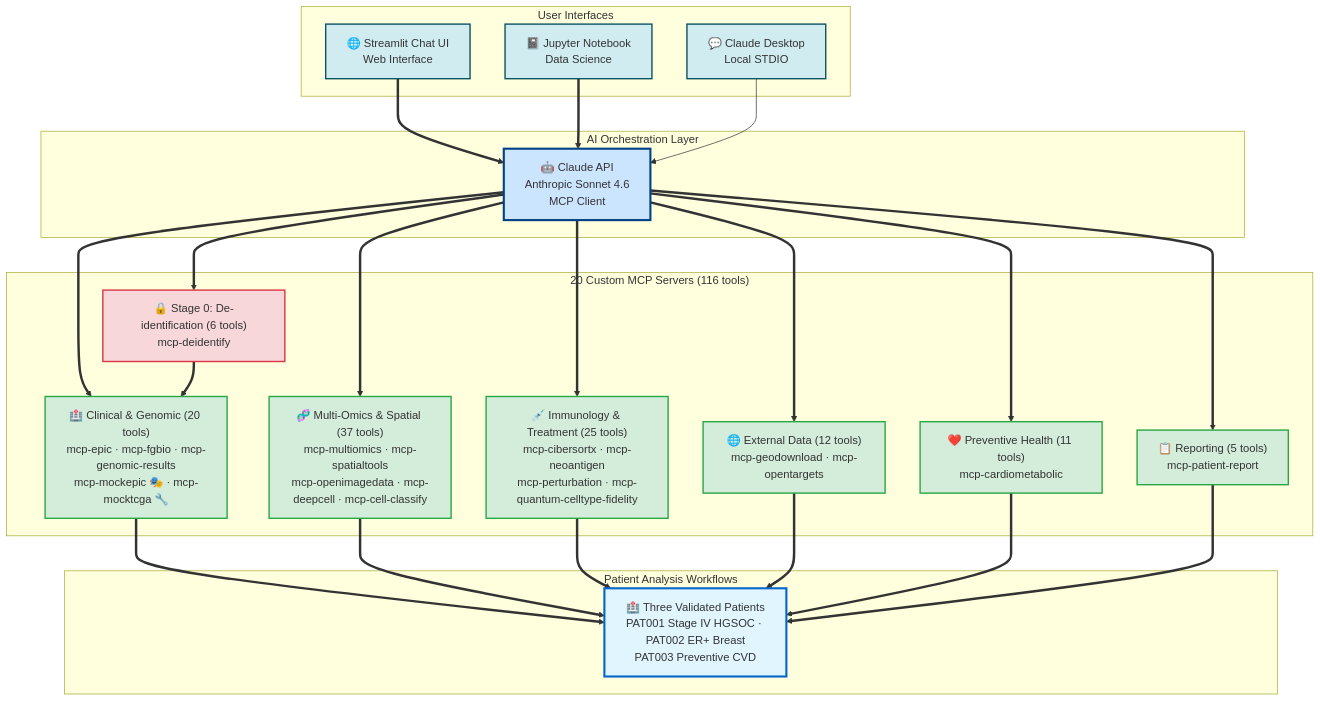
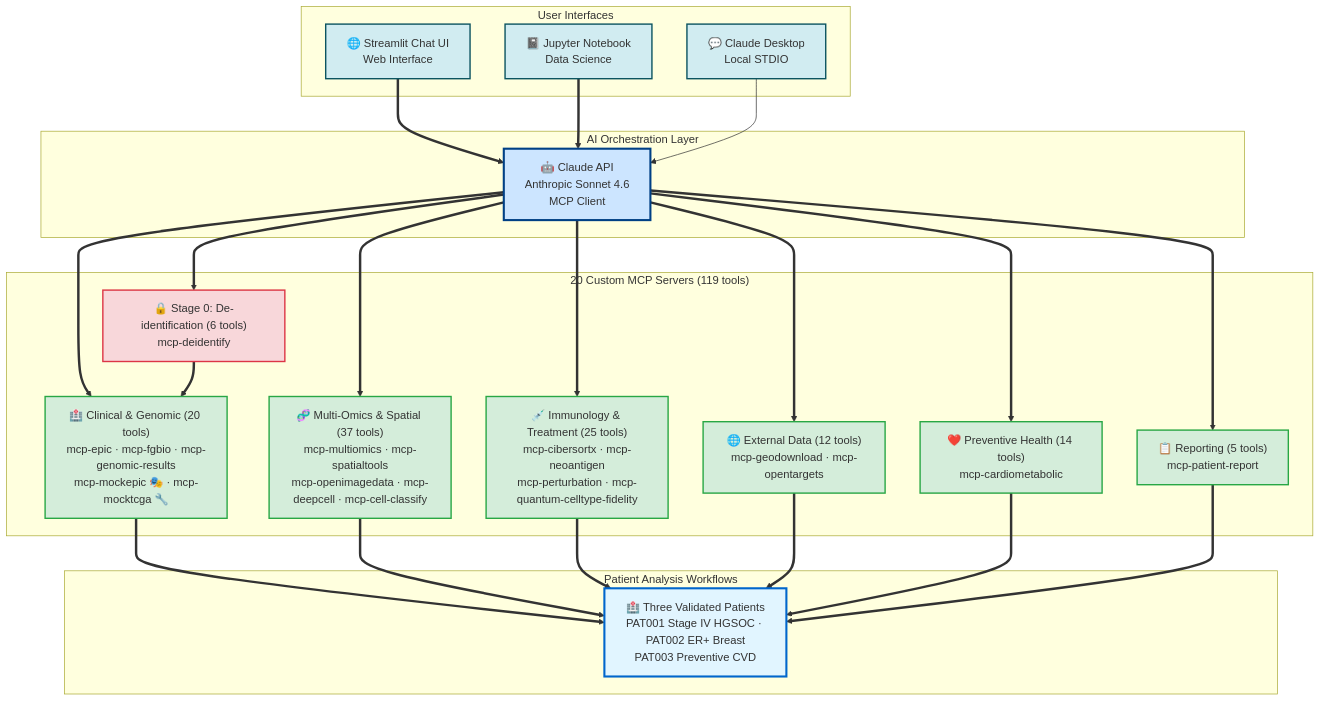
The second of 2 diagrams in docs/for-developers/README.md (lynnlangit/spatial-mcp), drawn with Mermaid before and after one commit. The commit also changed 8 other files, not shown here.

````diff
--- a/docs/for-developers/README.md
+++ b/docs/for-developers/README.md
@@ -83,59 +83,59 @@
 ```mermaid
 graph TB
     subgraph "User Interfaces"
         STREAMLIT["🌐 Streamlit Chat UI<br/>Web Interface"]
         JUPYTER["📓 Jupyter Notebook<br/>Data Science"]
         DESKTOP["💬 Claude Desktop<br/>Local STDIO"]
     end
 
     subgraph "AI Orchestration Layer"
         API["🤖 Claude API<br/>Anthropic Sonnet 4.6<br/>MCP Client"]
     end
 
-    subgraph "20 Custom MCP Servers (116 tools)"
+    subgraph "20 Custom MCP Servers (119 tools)"
         STAGE0["🔒 Stage 0: De-identification (6 tools)<br/>mcp-deidentify"]
         CLINICAL["🏥 Clinical & Genomic (20 tools)<br/>mcp-epic · mcp-fgbio · mcp-genomic-results<br/>mcp-mockepic 🎭 · mcp-mocktcga 🔧"]
         OMICS["🧬 Multi-Omics & Spatial (37 tools)<br/>mcp-multiomics · mcp-spatialtools<br/>mcp-openimagedata · mcp-deepcell · mcp-cell-classify"]
         IMMUNO["💉 Immunology & Treatment (25 tools)<br/>mcp-cibersortx · mcp-neoantigen<br/>mcp-perturbation · mcp-quantum-celltype-fidelity"]
         EXTDATA["🌐 External Data (12 tools)<br/>mcp-geodownload · mcp-opentargets"]
-        PREVENT["❤️ Preventive Health (11 tools)<br/>mcp-cardiometabolic"]
+        PREVENT["❤️ Preventive Health (14 tools)<br/>mcp-cardiometabolic"]
         REPORT["📋 Reporting (5 tools)<br/>mcp-patient-report"]
     end
 
     subgraph "Patient Analysis Workflows"
         PATIENT["🏥 Three Validated Patients<br/>PAT001 Stage IV HGSOC · PAT002 ER+ Breast<br/>PAT003 Preventive CVD"]
     end
 
     STREAMLIT ==> API
     JUPYTER ==> API
     DESKTOP --> API
 
     API ==> STAGE0
     API ==> CLINICAL
     API ==> OMICS
     API ==> IMMUNO
     API ==> EXTDATA
     API ==> PREVENT
     API ==> REPORT
 
     STAGE0 ==> CLINICAL
     CLINICAL ==> PATIENT
     OMICS ==> PATIENT
     IMMUNO ==> PATIENT
     EXTDATA ==> PATIENT
     PREVENT ==> PATIENT
     REPORT ==> PATIENT
 
     style STREAMLIT fill:#d1ecf1,stroke:#0c5460,stroke-width:2px
     style JUPYTER fill:#d1ecf1,stroke:#0c5460,stroke-width:2px
     style DESKTOP fill:#d1ecf1,stroke:#0c5460,stroke-width:2px
     style API fill:#cce5ff,stroke:#004085,stroke-width:3px
     style PATIENT fill:#e1f5ff,stroke:#0066cc,stroke-width:3px
     style STAGE0 fill:#f8d7da,stroke:#dc3545,stroke-width:2px
     style CLINICAL fill:#d4edda,stroke:#28a745,stroke-width:2px
     style OMICS fill:#d4edda,stroke:#28a745,stroke-width:2px
     style IMMUNO fill:#d4edda,stroke:#28a745,stroke-width:2px
     style EXTDATA fill:#d4edda,stroke:#28a745,stroke-width:2px
     style PREVENT fill:#d4edda,stroke:#28a745,stroke-width:2px
     style REPORT fill:#d4edda,stroke:#28a745,stroke-width:2px
 ```
````
